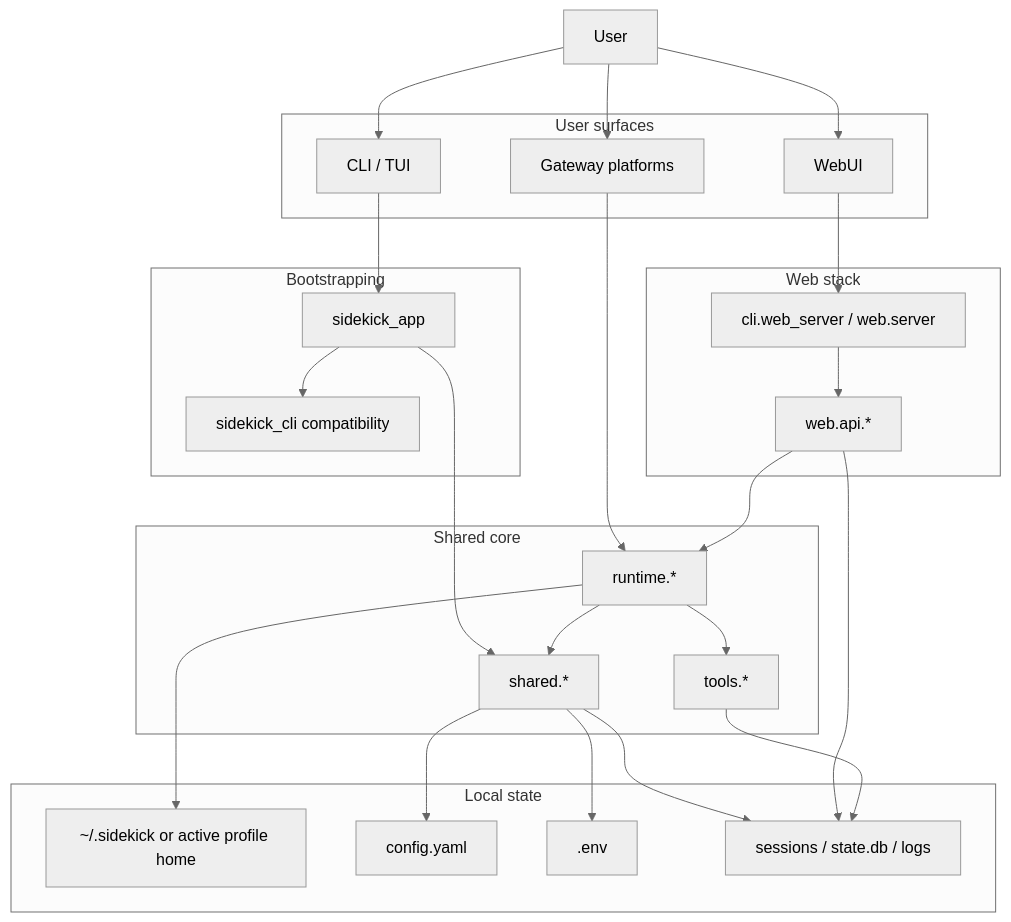
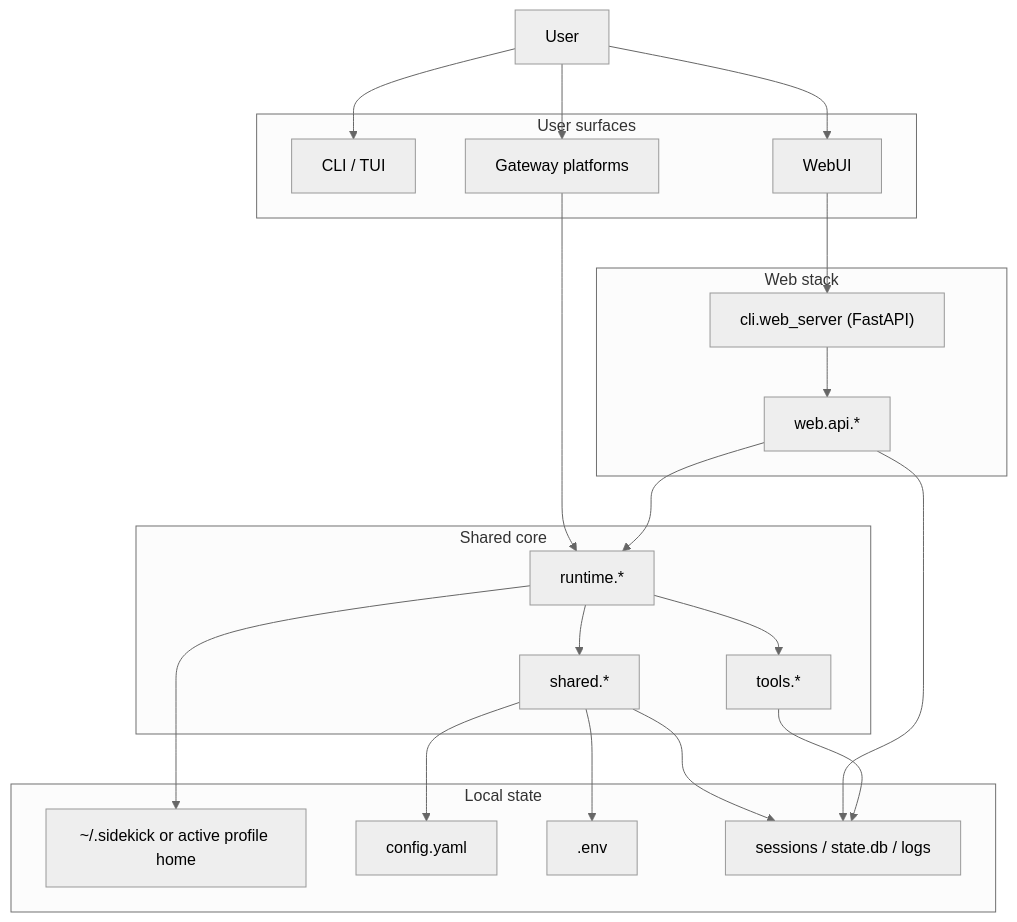
The first of 2 diagrams in docs/architecture.md (Loggableim/sidekick-agent), drawn with Mermaid (neutral theme) before and after one commit. The commit also changed other lines of this file and 519 other files, not shown here.

````diff
--- a/docs/architecture.md
+++ b/docs/architecture.md
@@ -15,55 +15,47 @@
 ```mermaid
 flowchart TB
   User["User"]
 
   subgraph Surfaces["User surfaces"]
     CLI["CLI / TUI"]
     WebUI["WebUI"]
     Gateway["Gateway platforms"]
   end
 
-  subgraph Bootstrap["Bootstrapping"]
-    App["sidekick_app"]
-    Compat["sidekick_cli compatibility"]
-  end
-
   subgraph Core["Shared core"]
     Shared["shared.*"]
     Runtime["runtime.*"]
     Tools["tools.*"]
   end
 
   subgraph Web["Web stack"]
-    Server["cli.web_server / web.server"]
+    Server["cli.web_server (FastAPI)"]
     API["web.api.*"]
   end
 
   subgraph Data["Local state"]
     Home["~/.sidekick or active profile home"]
     Config["config.yaml"]
     Env[".env"]
     Sessions["sessions / state.db / logs"]
   end
 
   User --> CLI
   User --> WebUI
   User --> Gateway
 
-  CLI --> App
   WebUI --> Server
   Gateway --> Runtime
 
-  App --> Shared
-  App --> Compat
   Server --> API
   API --> Runtime
   Runtime --> Tools
   Runtime --> Shared
   Runtime --> Home
 
   Shared --> Config
   Shared --> Env
   Shared --> Sessions
   API --> Sessions
   Tools --> Sessions
 ```
````
